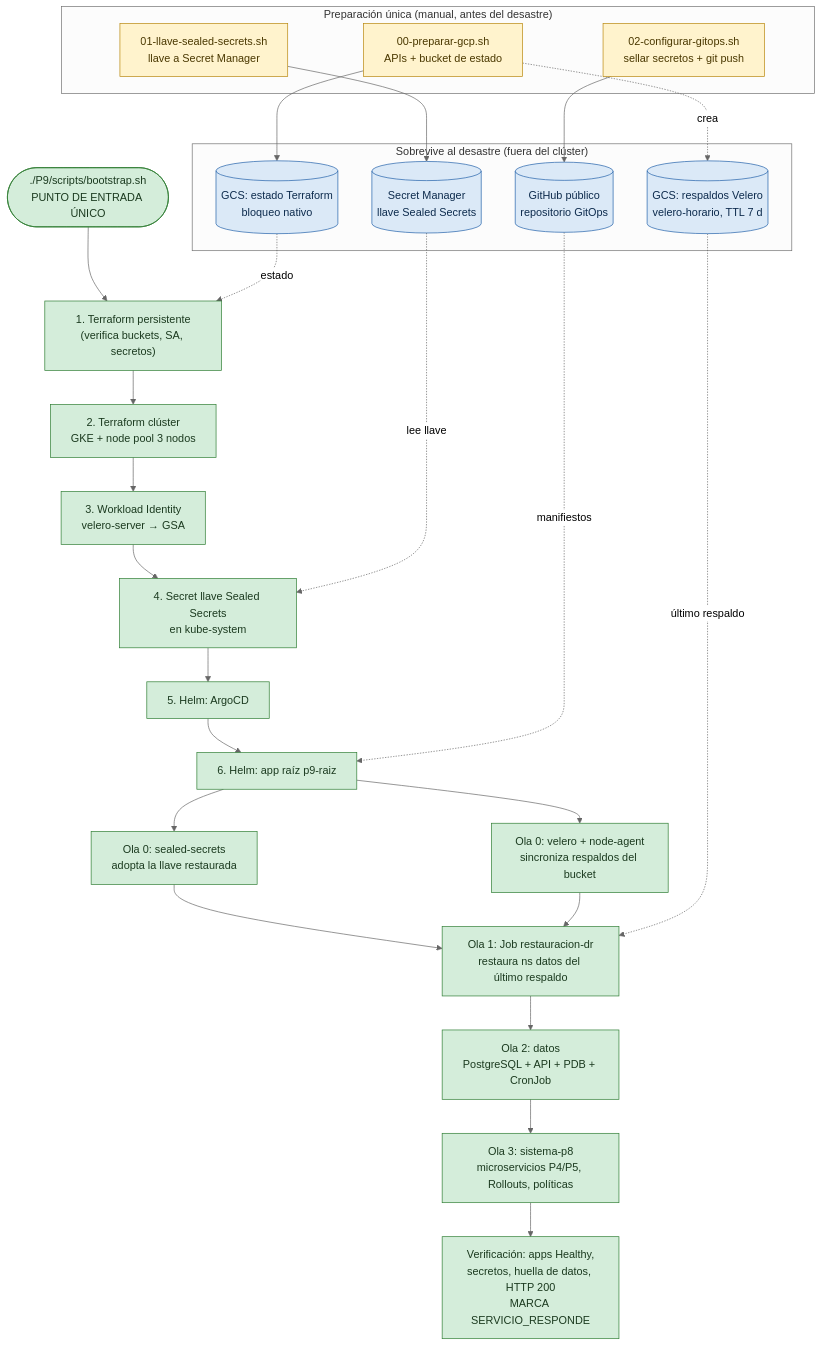
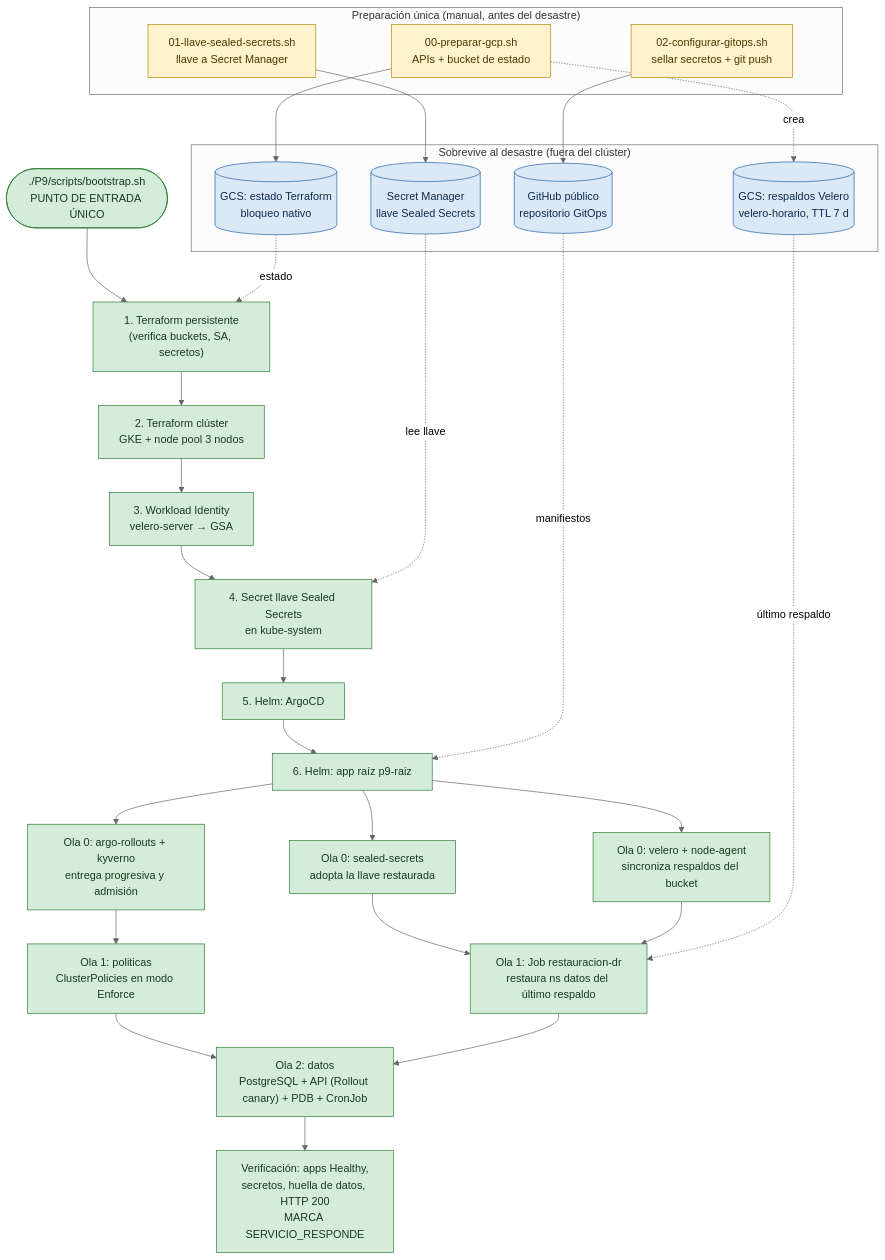
The diagram in P9/docs/DIAGRAMA-BOOTSTRAP.md (KatherinGalvez/sa-platform-gitops), drawn with Mermaid (neutral theme) before and after one commit. The commit also changed other lines of this file and 18 other files, not shown here.

Commit message:
P9 autocontenida: Rollouts y Kyverno

````diff
--- a/P9/docs/DIAGRAMA-BOOTSTRAP.md
+++ b/P9/docs/DIAGRAMA-BOOTSTRAP.md
@@ -5,49 +5,51 @@
 ```mermaid
 flowchart TD
     subgraph PREVIO["Preparación única (manual, antes del desastre)"]
         M1["00-preparar-gcp.sh<br/>APIs + bucket de estado"]:::manual
         M2["01-llave-sealed-secrets.sh<br/>llave a Secret Manager"]:::manual
         M3["02-configurar-gitops.sh<br/>sellar secretos + git push"]:::manual
     end
 
     subgraph PERSISTE["Sobrevive al desastre (fuera del clúster)"]
         S1[("GCS: estado Terraform<br/>bloqueo nativo")]:::persiste
         S2[("GCS: respaldos Velero<br/>velero-horario, TTL 7 d")]:::persiste
         S3[("Secret Manager<br/>llave Sealed Secrets")]:::persiste
         S4[("GitHub público<br/>repositorio GitOps")]:::persiste
     end
 
     INICIO(["./P9/scripts/bootstrap.sh<br/>PUNTO DE ENTRADA ÚNICO"]):::auto
     T1["1. Terraform persistente<br/>(verifica buckets, SA, secretos)"]:::auto
     T2["2. Terraform clúster<br/>GKE + node pool 3 nodos"]:::auto
     T3["3. Workload Identity<br/>velero-server → GSA"]:::auto
     T4["4. Secret llave Sealed Secrets<br/>en kube-system"]:::auto
     T5["5. Helm: ArgoCD"]:::auto
     T6["6. Helm: app raíz p9-raiz"]:::auto
 
     W0A["Ola 0: sealed-secrets<br/>adopta la llave restaurada"]:::auto
+    W0C["Ola 0: argo-rollouts + kyverno<br/>entrega progresiva y admisión"]:::auto
+    W1P["Ola 1: politicas<br/>ClusterPolicies en modo Enforce"]:::auto
     W0B["Ola 0: velero + node-agent<br/>sincroniza respaldos del bucket"]:::auto
     W1["Ola 1: Job restauracion-dr<br/>restaura ns datos del último respaldo"]:::auto
-    W2["Ola 2: datos<br/>PostgreSQL + API + PDB + CronJob"]:::auto
-    W3["Ola 3: sistema-p8<br/>microservicios P4/P5, Rollouts, políticas"]:::auto
+    W2["Ola 2: datos<br/>PostgreSQL + API (Rollout canary) + PDB + CronJob"]:::auto
     V["Verificación: apps Healthy,<br/>secretos, huella de datos, HTTP 200<br/>MARCA SERVICIO_RESPONDE"]:::auto
 
     M1 --> S1
     M2 --> S3
     M3 --> S4
     M1 -. "crea" .-> S2
 
     INICIO --> T1 --> T2 --> T3 --> T4 --> T5 --> T6
     S1 -. "estado" .-> T1
     S3 -. "lee llave" .-> T4
-    T6 --> W0A & W0B
+    T6 --> W0A & W0B & W0C
+    W0C --> W1P --> W2
     S4 -. "manifiestos" .-> T6
     W0A --> W1
     W0B --> W1
     S2 -. "último respaldo" .-> W1
-    W1 --> W2 --> W3 --> V
+    W1 --> W2 --> V
 
     classDef auto fill:#d4edda,stroke:#2e7d32,color:#1b3a1f
     classDef manual fill:#fff3cd,stroke:#b8860b,color:#4a3800
     classDef persiste fill:#dbe9f7,stroke:#1f5fa8,color:#0d2b4d
 ```
````
